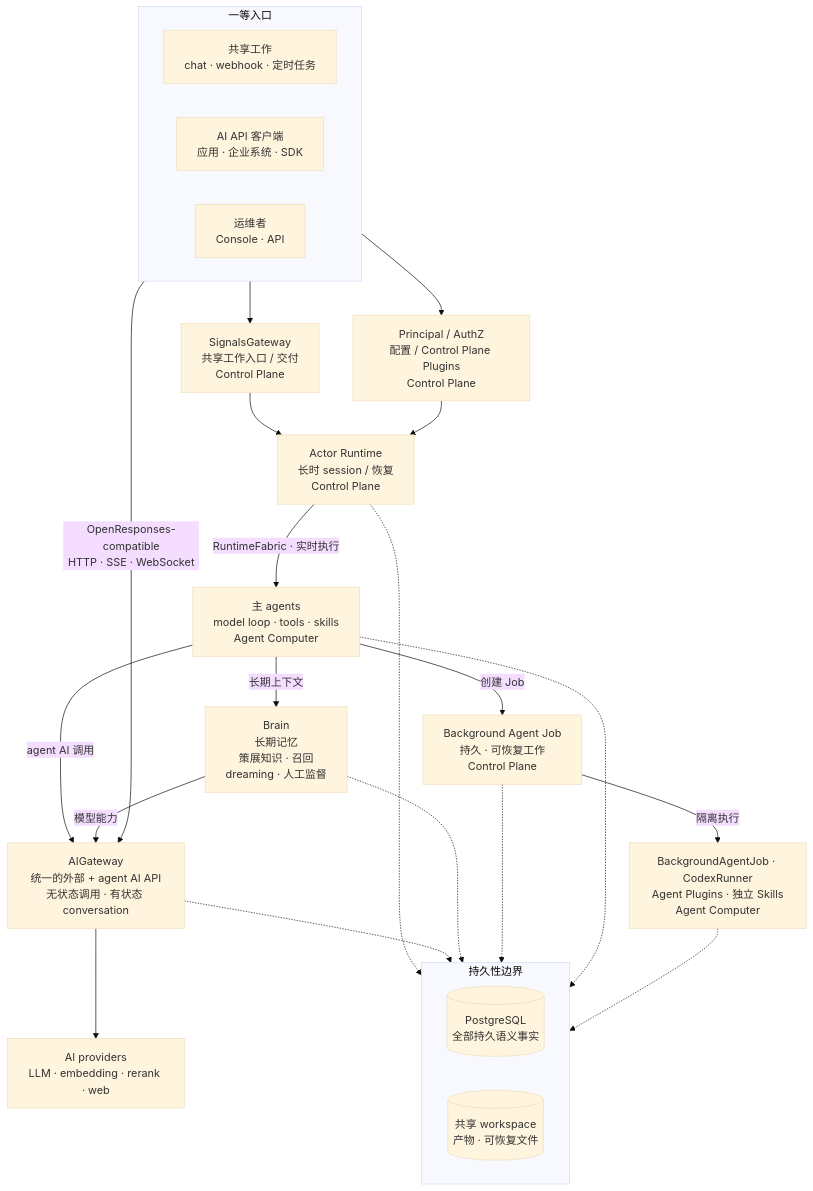
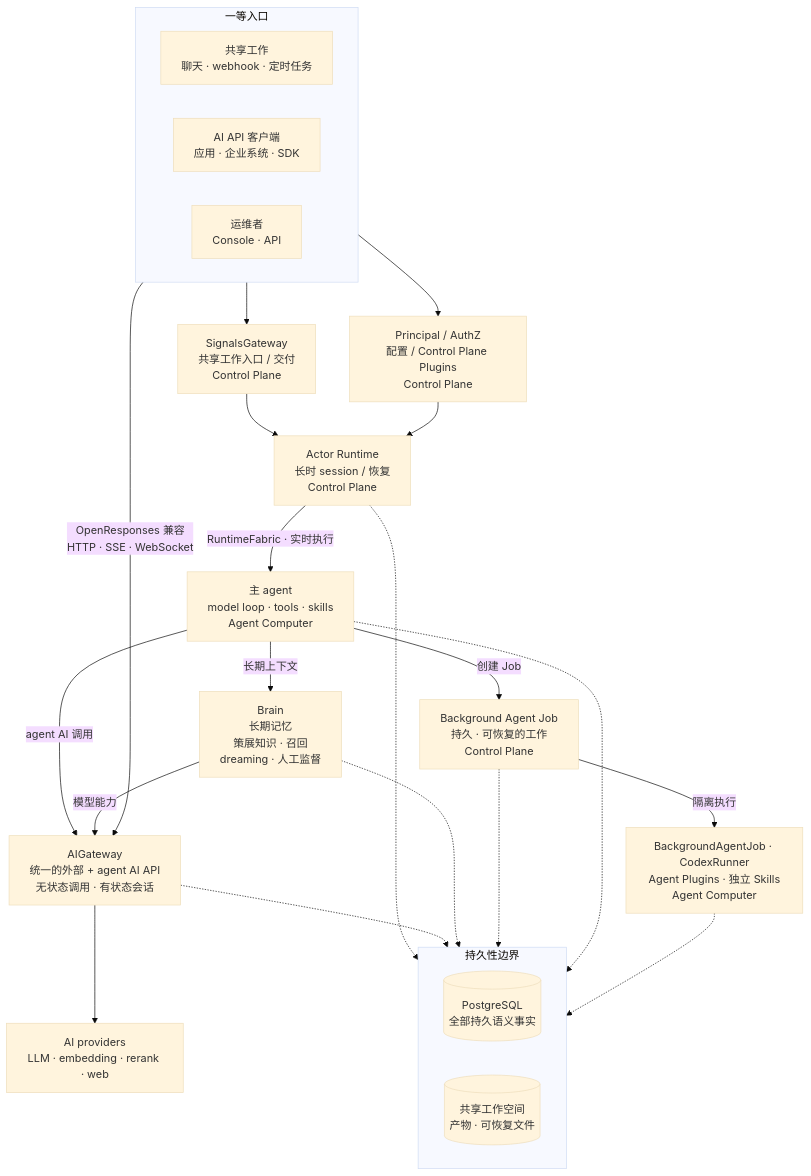
The diagram in app/website/src/content/docs/architecture/zh-Hans-CN.md (AgentBull/ankole), drawn with Mermaid (base theme) before and after one commit. The commit also changed other lines of this file and 87 other files, not shown here.

````diff
--- a/app/website/src/content/docs/architecture/zh-Hans-CN.md
+++ b/app/website/src/content/docs/architecture/zh-Hans-CN.md
@@ -26,43 +26,43 @@
 ```mermaid
 flowchart TB
   subgraph Entry["一等入口"]
     direction LR
-    Work["共享工作<br/>chat · webhook · 定时任务"]
+    Work["共享工作<br/>聊天 · webhook · 定时任务"]
     Clients["AI API 客户端<br/>应用 · 企业系统 · SDK"]
     Ops["运维者<br/>Console · API"]
   end
 
   SG["SignalsGateway<br/>共享工作入口 / 交付<br/>Control Plane"]
   Platform["Principal / AuthZ<br/>配置 / Control Plane Plugins<br/>Control Plane"]
   Runtime["Actor Runtime<br/>长时 session / 恢复<br/>Control Plane"]
-  Main["主 agents<br/>model loop · tools · skills<br/>Agent Computer"]
+  Main["主 agent<br/>model loop · tools · skills<br/>Agent Computer"]
   Brain["Brain<br/>长期记忆<br/>策展知识 · 召回<br/>dreaming · 人工监督"]
-  Delegate["Background Agent Job<br/>持久 · 可恢复工作<br/>Control Plane"]
-  AI["AIGateway<br/>统一的外部 + agent AI API<br/>无状态调用 · 有状态 conversation"]
+  Delegate["Background Agent Job<br/>持久 · 可恢复的工作<br/>Control Plane"]
+  AI["AIGateway<br/>统一的外部 + agent AI API<br/>无状态调用 · 有状态会话"]
   Task["BackgroundAgentJob · CodexRunner<br/>Agent Plugins · 独立 Skills<br/>Agent Computer"]
   Providers["AI providers<br/>LLM · embedding · rerank · web"]
 
   subgraph Storage["持久性边界"]
     direction LR
     PG[("PostgreSQL<br/>全部持久语义事实")]
-    Workspace[("共享 workspace<br/>产物 · 可恢复文件")]
+    Workspace[("共享工作空间<br/>产物 · 可恢复文件")]
   end
 
   Work --> SG --> Runtime
   Ops --> Platform --> Runtime
   Runtime -->|"RuntimeFabric · 实时执行"| Main
-  Clients -->|"OpenResponses-compatible<br/>HTTP · SSE · WebSocket"| AI
+  Clients -->|"OpenResponses 兼容<br/>HTTP · SSE · WebSocket"| AI
   Main -->|"agent AI 调用"| AI
   Main -->|"长期上下文"| Brain
   Brain -->|"模型能力"| AI
   Main -->|"创建 Job"| Delegate
   Delegate -->|"隔离执行"| Task
   AI --> Providers
 
   Runtime -.-> PG
   AI -.-> PG
   Brain -.-> PG
   Delegate -.-> PG
   Main -.-> Workspace
   Task -.-> Workspace
 ```
````
